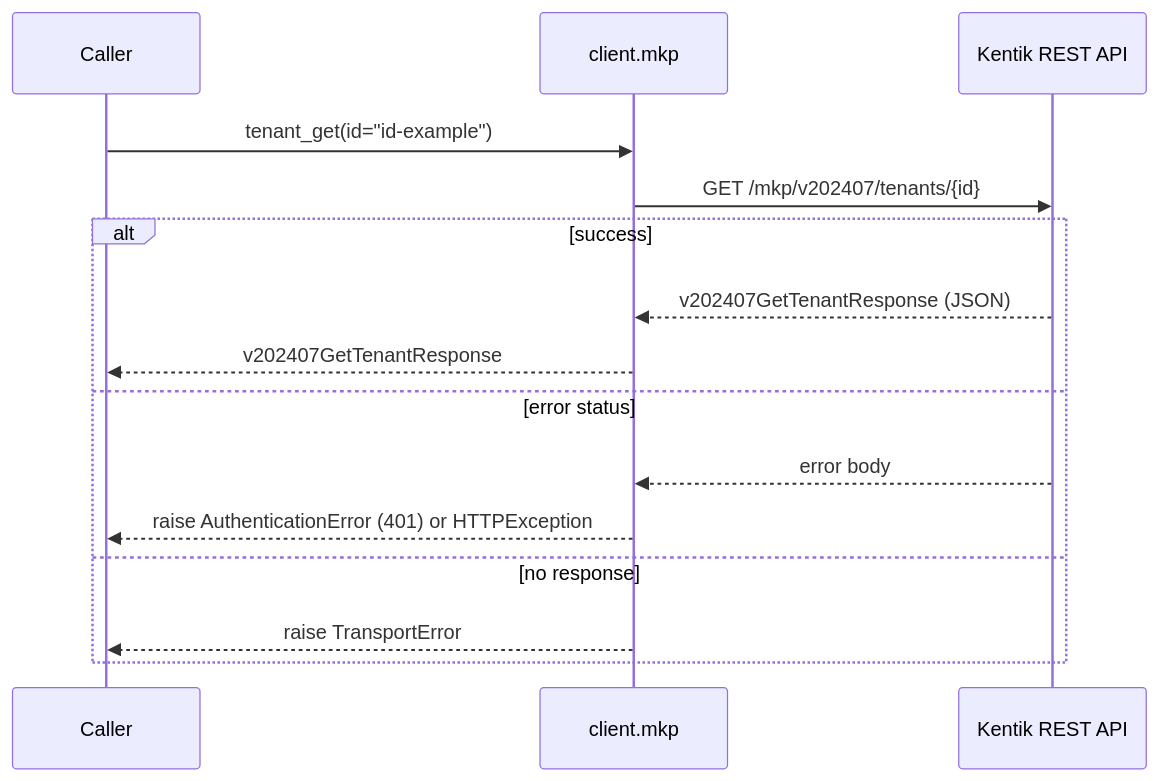
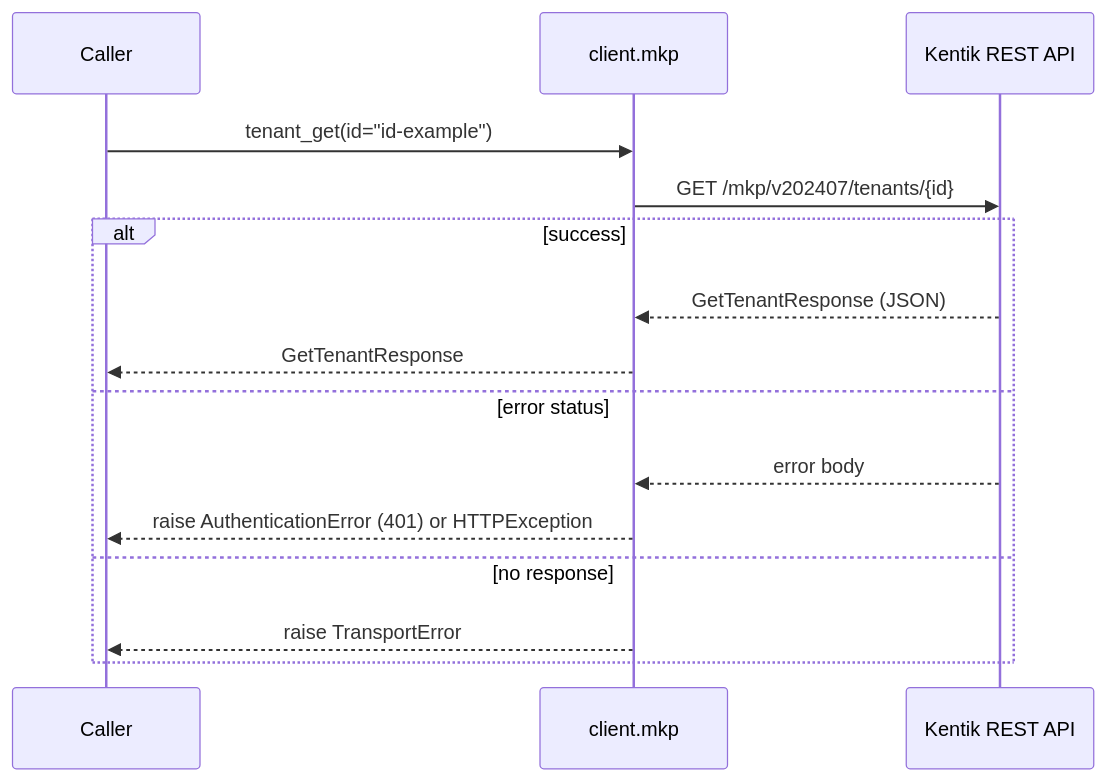
Before and after one commit to alexdearaujo/community_sdk_python: diagram 16 of 30 in docs/sphinx/services/mkp.md, drawn with Mermaid. The commit also changed other lines of this file and 38 other files, not shown here.

````diff
--- a/docs/sphinx/services/mkp.md
+++ b/docs/sphinx/services/mkp.md
@@ -558,18 +558,18 @@
 ```mermaid
 sequenceDiagram
     participant C as Caller
     participant W as client.mkp
     participant API as Kentik REST API
 
     C->>W: tenant_get(id="id-example")
     W->>API: GET /mkp/v202407/tenants/{id}
     alt success
-        API-->>W: v202407GetTenantResponse (JSON)
-        W-->>C: v202407GetTenantResponse
+        API-->>W: GetTenantResponse (JSON)
+        W-->>C: GetTenantResponse
     else error status
         API-->>W: error body
         W-->>C: raise AuthenticationError (401) or HTTPException
     else no response
         W-->>C: raise TransportError
     end
 ```
````
